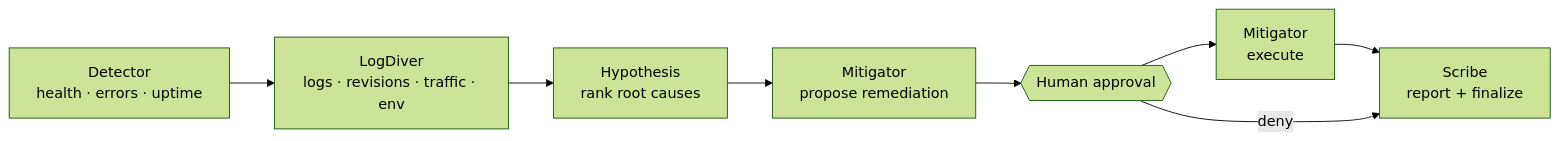
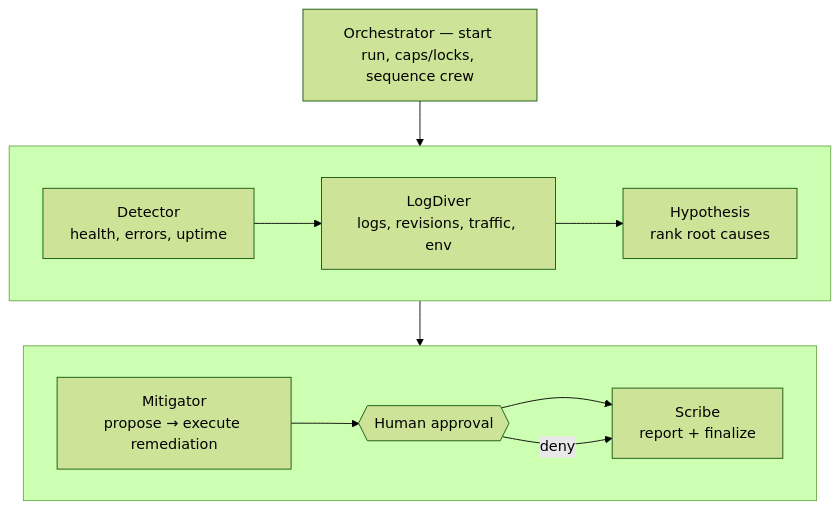
One commit to HOSH19/gcp_sre_multiagent changed the first of 2 diagrams in README.md. Above: the diagram before and after it, drawn with Mermaid (forest theme). The commit also changed other lines of this file and 132 other files, not shown here.

````diff
--- a/README.md
+++ b/README.md
@@ -22,11 +7,18 @@
 ```mermaid
-flowchart LR
-  D["Detector\nhealth · errors · uptime"]
-  --> L["LogDiver\nlogs · revisions · traffic · env"]
-  --> H["Hypothesis\nrank root causes"]
-  --> M["Mitigator\npropose remediation"]
-  --> gate{{Human approval}}
-  --> E["Mitigator\nexecute"]
-  --> S["Scribe\nreport + finalize"]
+flowchart TB
+  orch["Orchestrator — start run, caps/locks, sequence crew"]
+
+  subgraph row1[" "]
+    direction LR
+    D["Detector<br/>health, errors, uptime"] --> L["LogDiver<br/>logs, revisions, traffic, env"] --> H["Hypothesis<br/>rank root causes"]
+  end
+
+  subgraph row2[" "]
+    direction LR
+    M["Mitigator<br/>propose → execute remediation"] --> gate{{Human approval}} --> S["Scribe<br/>report + finalize"]
+  end
+
+  orch --> D
+  H --> M
   gate -->|deny| S
 ```
````
